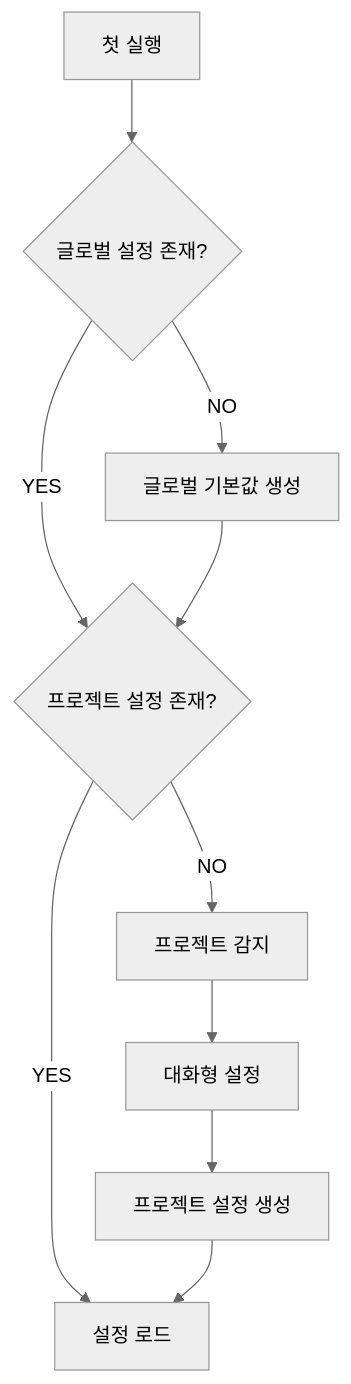
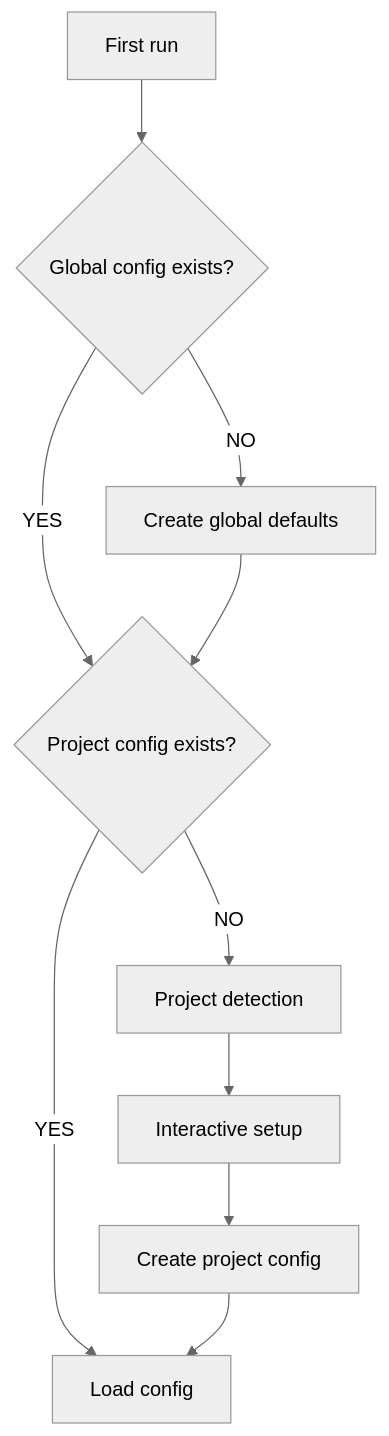
The diagram in docs/design/config-system.md (yeochul-jeon/ralph-mem), drawn with Mermaid (neutral theme) before and after one commit. The commit also changed other lines of this file and 26 other files, not shown here.

````diff
--- a/docs/design/config-system.md
+++ b/docs/design/config-system.md
@@ -114,12 +116,12 @@
 ```mermaid
 flowchart TB
-    A[첫 실행] --> B{글로벌 설정 존재?}
-    B -->|NO| C[글로벌 기본값 생성]
-    B -->|YES| D{프로젝트 설정 존재?}
+    A[First run] --> B{Global config exists?}
+    B -->|NO| C[Create global defaults]
+    B -->|YES| D{Project config exists?}
     C --> D
-    D -->|NO| E[프로젝트 감지]
-    D -->|YES| F[설정 로드]
-    E --> G[대화형 설정]
-    G --> H[프로젝트 설정 생성]
+    D -->|NO| E[Project detection]
+    D -->|YES| F[Load config]
+    E --> G[Interactive setup]
+    G --> H[Create project config]
     H --> F
 ```
````
